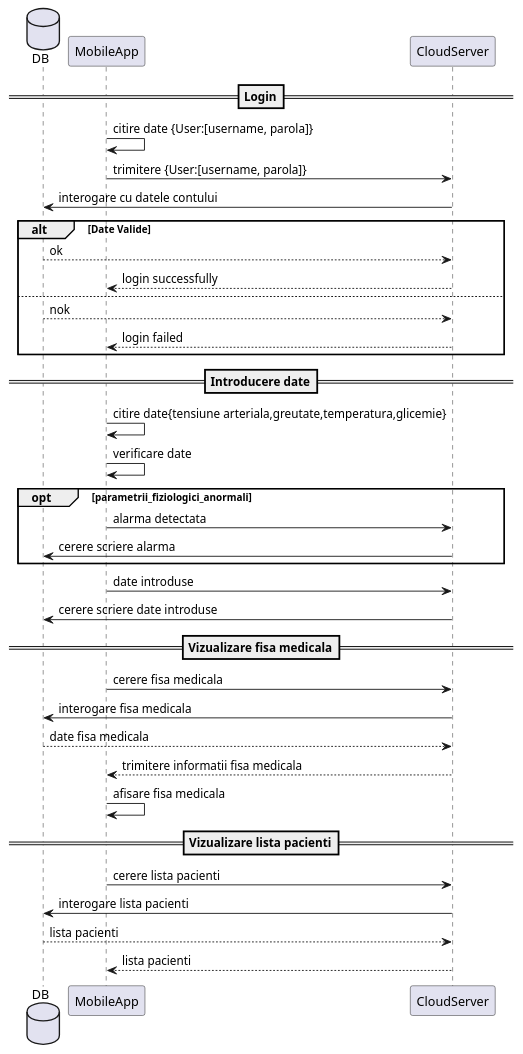
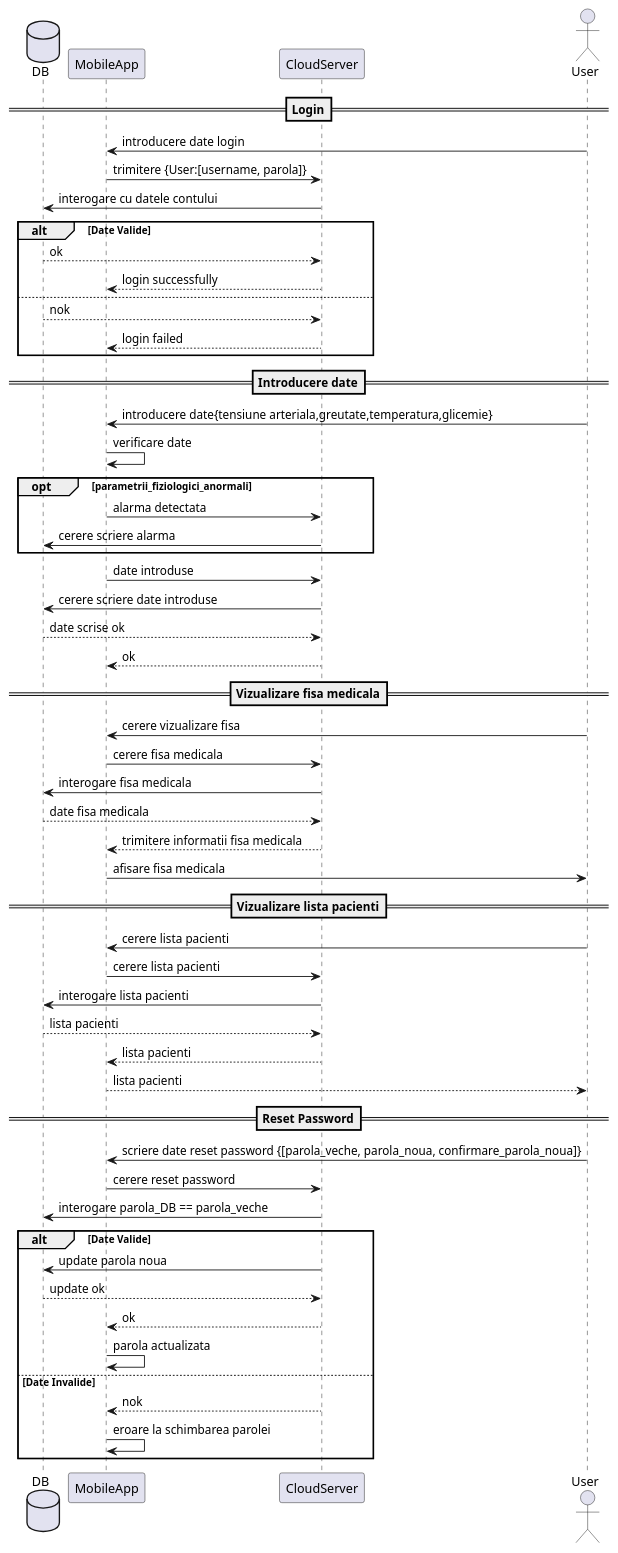
The diagram in Sequence_DG/MobileApp/mobileapp.plantuml (BVasi/ProiectIP), drawn with PlantUML before and after one commit. The commit also changed 10 other files, not shown here.

```diff
--- a/Sequence_DG/MobileApp/mobileapp.plantuml
+++ b/Sequence_DG/MobileApp/mobileapp.plantuml
@@ -1,39 +1,58 @@
 @startuml ESP32DG
 
 database DB
 participant MobileApp
 participant CloudServer
+actor User
 
 ==Login==
-MobileApp -> MobileApp: citire date {User:[username, parola]}
+User -> MobileApp: introducere date login
 MobileApp -> CloudServer: trimitere {User:[username, parola]}
 CloudServer -> DB: interogare cu datele contului
 alt Date Valide
     DB --> CloudServer: ok
     CloudServer --> MobileApp: login successfully
 else
     DB --> CloudServer: nok
     CloudServer --> MobileApp: login failed
 end
 ==Introducere date==
-MobileApp -> MobileApp:  citire date{tensiune arteriala,greutate,temperatura,glicemie}
+User -> MobileApp:  introducere date{tensiune arteriala,greutate,temperatura,glicemie}
 MobileApp -> MobileApp : verificare date
 opt parametrii_fiziologici_anormali
     MobileApp -> CloudServer: alarma detectata
     CloudServer -> DB: cerere scriere alarma
 end
 MobileApp -> CloudServer: date introduse
 CloudServer -> DB: cerere scriere date introduse
+DB --> CloudServer: date scrise ok
+CloudServer --> MobileApp: ok
 ==Vizualizare fisa medicala==
+User -> MobileApp: cerere vizualizare fisa
 MobileApp -> CloudServer: cerere fisa medicala
 CloudServer -> DB: interogare fisa medicala
 DB --> CloudServer: date fisa medicala
 CloudServer --> MobileApp: trimitere informatii fisa medicala
-MobileApp -> MobileApp: afisare fisa medicala
+MobileApp -> User: afisare fisa medicala
 ==Vizualizare lista pacienti==
+User -> MobileApp: cerere lista pacienti
 MobileApp -> CloudServer: cerere lista pacienti
 CloudServer -> DB: interogare lista pacienti
 DB --> CloudServer: lista pacienti
 CloudServer --> MobileApp: lista pacienti
+MobileApp --> User: lista pacienti
+==Reset Password==
+User -> MobileApp: scriere date reset password {[parola_veche, parola_noua, confirmare_parola_noua]}
+MobileApp -> CloudServer: cerere reset password
+CloudServer -> DB: interogare parola_DB == parola_veche
+alt Date Valide
+    CloudServer -> DB: update parola noua
+    DB --> CloudServer: update ok
+    CloudServer --> MobileApp: ok
+    MobileApp -> MobileApp: parola actualizata
+else Date Invalide
+    CloudServer --> MobileApp: nok
+    MobileApp -> MobileApp: eroare la schimbarea parolei
+end
 
 @enduml
```
